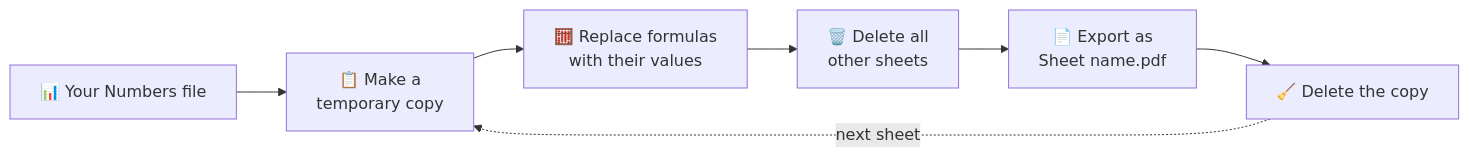
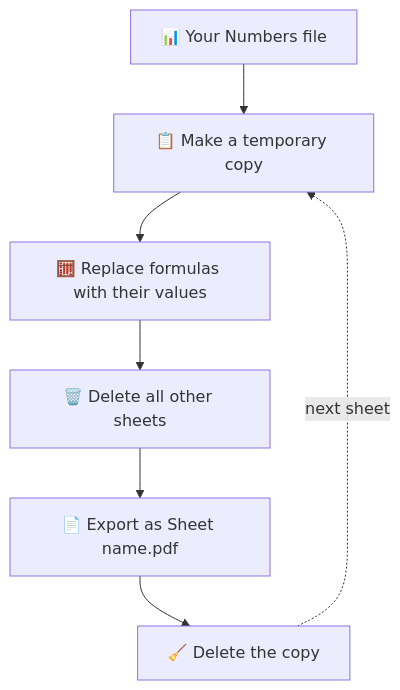
Before and after one commit to biteasier/youtube-tutorials: the diagram in numbers-sheets-to-pdf/README.md, drawn with Mermaid. The commit also changed other lines of this file, not shown here.

Commit message:
Make before/after and diagram fit narrow screens

````diff
--- a/numbers-sheets-to-pdf/README.md
+++ b/numbers-sheets-to-pdf/README.md
@@ -48,9 +60,9 @@
 ```mermaid
-flowchart LR
-    A["📊 Your Numbers file"] --> B["📋 Make a<br/>temporary copy"]
-    B --> C["🧮 Replace formulas<br/>with their values"]
-    C --> D["🗑️ Delete all<br/>other sheets"]
-    D --> E["📄 Export as<br/>Sheet name.pdf"]
+flowchart TD
+    A["📊 Your Numbers file"] --> B["📋 Make a temporary copy"]
+    B --> C["🧮 Replace formulas with their values"]
+    C --> D["🗑️ Delete all other sheets"]
+    D --> E["📄 Export as Sheet name.pdf"]
     E --> F["🧹 Delete the copy"]
     F -. next sheet .-> B
 ```
````
